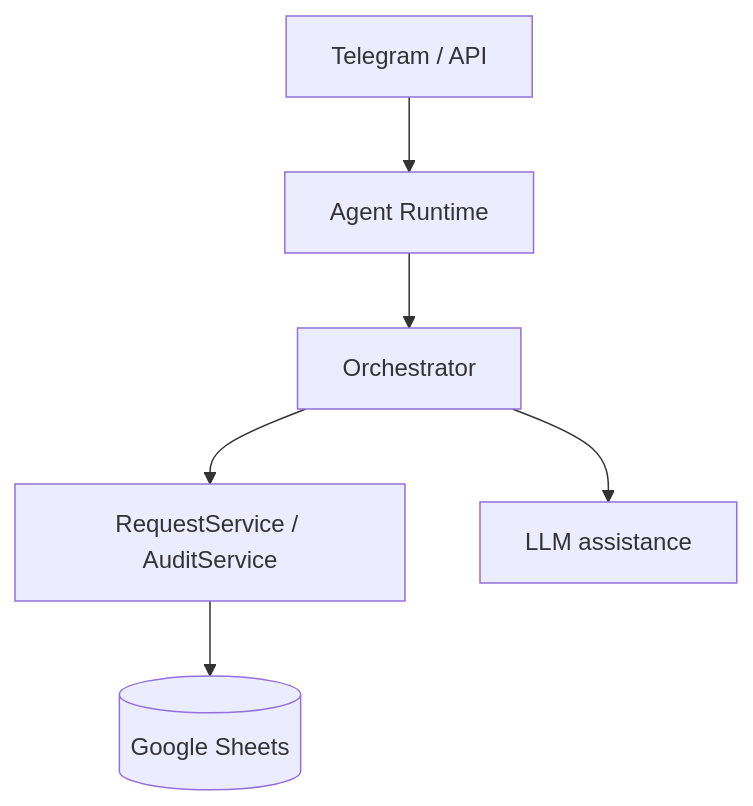
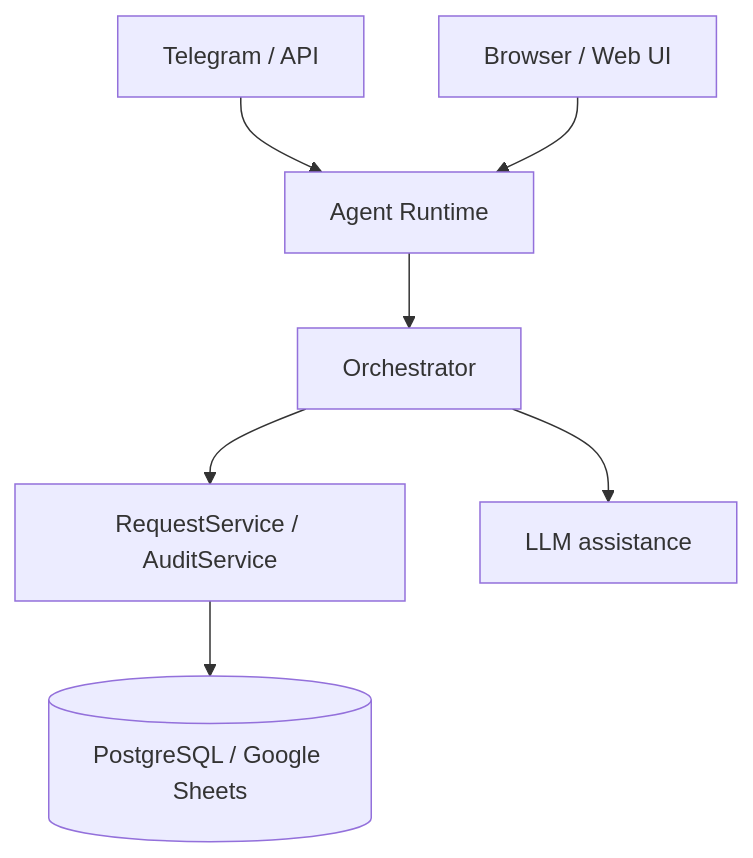
Before and after one commit to nhnhat1208/marker-checker: the diagram in README.md, drawn with Mermaid. The commit also changed other lines of this file and 126 other files, not shown here.

````diff
--- a/README.md
+++ b/README.md
@@ -15,8 +15,9 @@
 ```mermaid
 flowchart TD
     A[Telegram / API] --> B[Agent Runtime]
+    W[Browser / Web UI] --> B
     B --> C[Orchestrator]
     C --> D[RequestService / AuditService]
     C --> E[LLM assistance]
-    D --> F[(Google Sheets)]
+    D --> F[(PostgreSQL / Google Sheets)]
 ```
````
